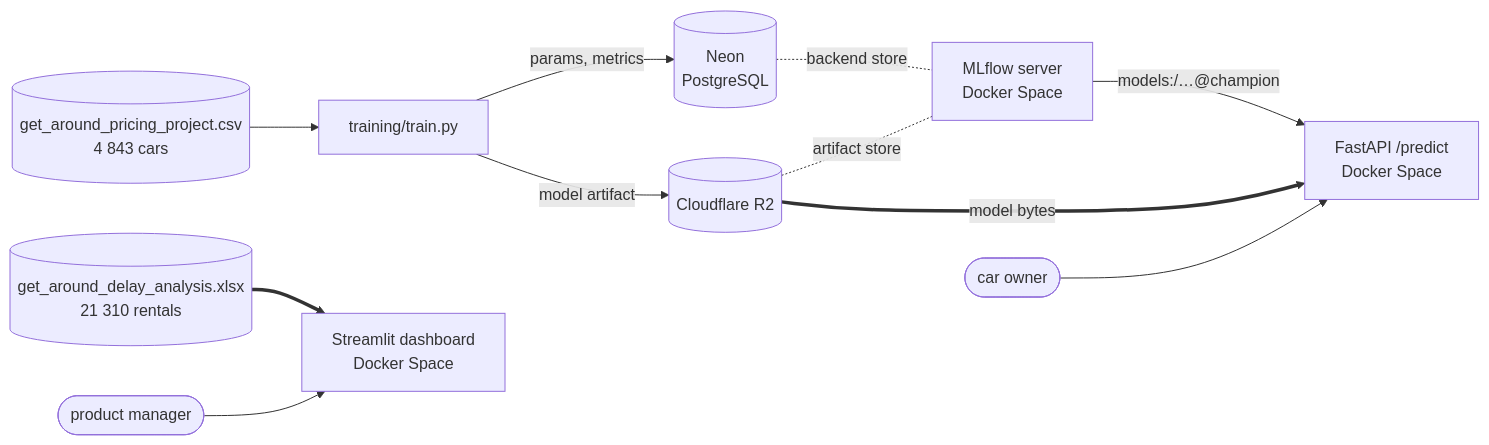
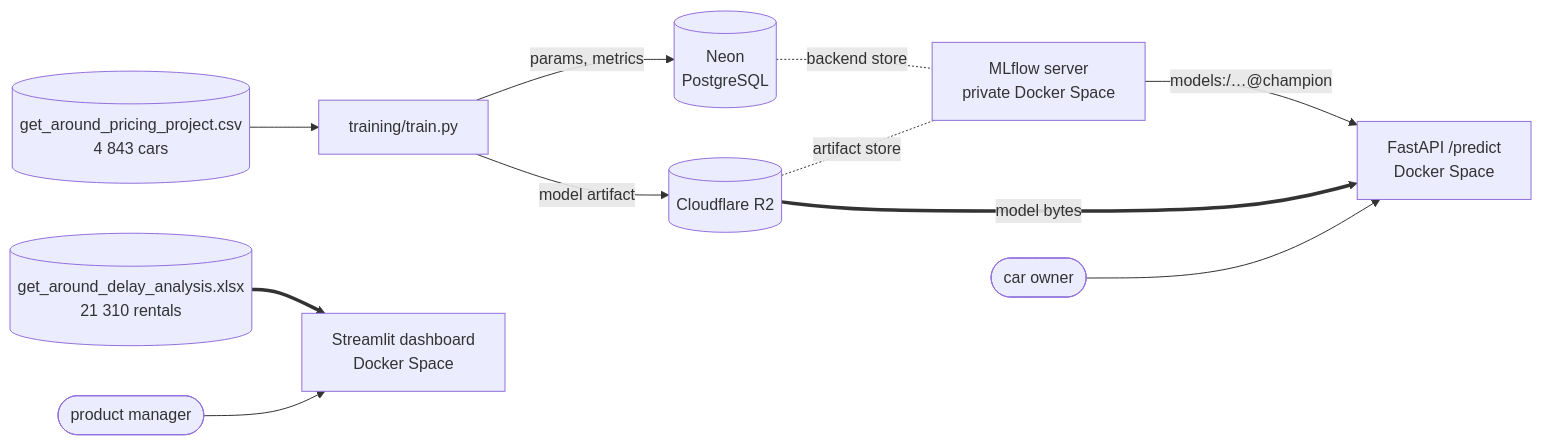
Before and after one commit to paezxavi/jedha_get_around_project: the diagram in README.md, drawn with Mermaid. The commit also changed other lines of this file and 5 other files, not shown here.

````diff
--- a/README.md
+++ b/README.md
@@ -42,13 +42,13 @@
 ```mermaid
 flowchart LR
     C[("get_around_pricing_project.csv<br/>4 843 cars")] --> T["training/train.py"]
     T -->|params, metrics| N[("Neon<br/>PostgreSQL")]
     T -->|model artifact| R[("Cloudflare R2")]
-    N -. backend store .- M["MLflow server<br/>Docker Space"]
+    N -. backend store .- M["MLflow server<br/>private Docker Space"]
     R -. artifact store .- M
     M -->|"models:/…@champion"| A["FastAPI /predict<br/>Docker Space"]
     R ==>|model bytes| A
     X[("get_around_delay_analysis.xlsx<br/>21 310 rentals")] ==> S["Streamlit dashboard<br/>Docker Space"]
     U([product manager]) --> S
     O([car owner]) --> A
 ```
````
